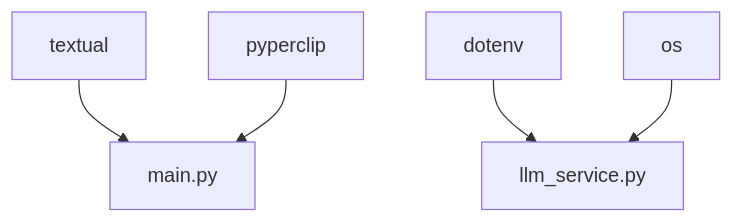
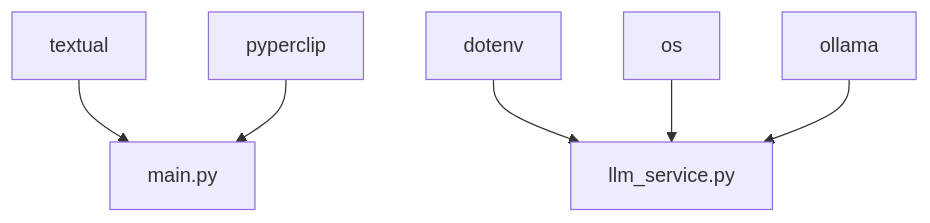
One commit to mlclifton/aipropos changed the third of 3 diagrams in solution_arch.md. Above: the diagram before and after it, drawn with Mermaid. The commit also changed other lines of this file and 8 other files, not shown here.

````diff
--- a/solution_arch.md
+++ b/solution_arch.md
@@ -55,7 +56,8 @@
 ```mermaid
 graph TD
     A[textual] --> B[main.py]
     C[pyperclip] --> B
     D[dotenv] --> E[llm_service.py]
     F[os] --> E
+    G[ollama] --> E
 ```
````
